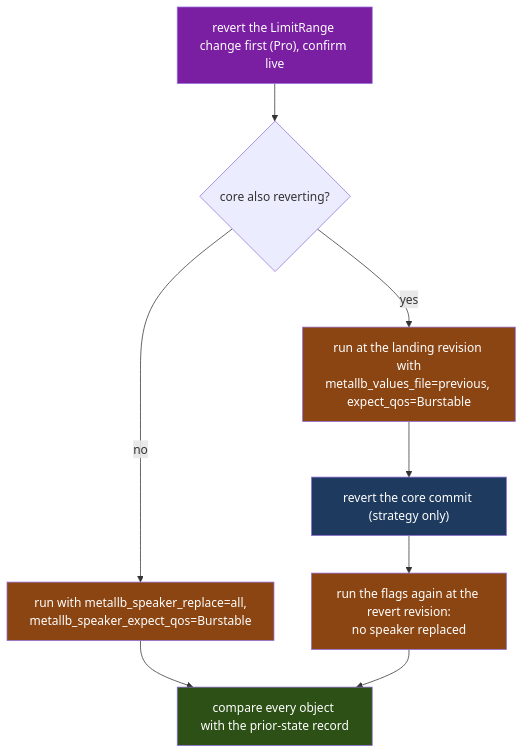
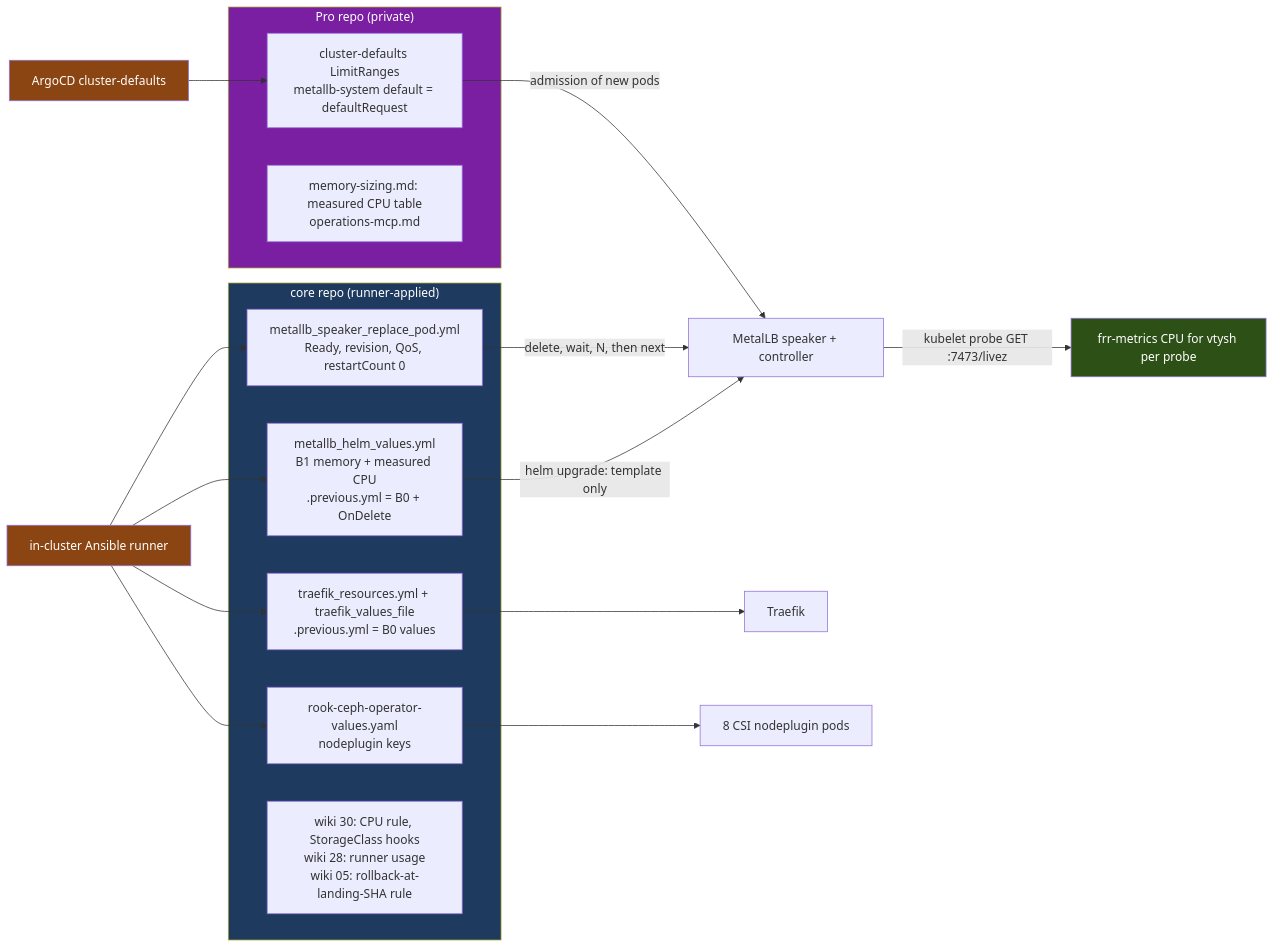
Before and after one commit to seadogger-tech/seadogger-homelab: the fifth of 6 diagrams in docs/wiki/30-Cluster-Resource-Monitor.md, drawn with Mermaid. The commit also changed other lines of this file and 10 other files, not shown here.

First line of the commit message:
Complete measured B1 reland gates and rollback path (OCE-709)

````diff
--- a/docs/wiki/30-Cluster-Resource-Monitor.md
+++ b/docs/wiki/30-Cluster-Resource-Monitor.md
@@ -754,16 +750,26 @@
 ```mermaid
-flowchart TD
-  A["revert the LimitRange change first (Pro), confirm live"] --> B{"core also reverting?"}
-  B -- no --> C["run with metallb_speaker_replace=all,<br/>metallb_speaker_expect_qos=Burstable"]
-  B -- yes --> D["run at the landing revision with<br/>metallb_values_file=previous, expect_qos=Burstable"]
-  D --> E["revert the core commit (strategy only)"]
-  E --> F["run the flags again at the revert revision:<br/>no speaker replaced"]
-  C --> G["compare every object with the prior-state record"]
-  F --> G
-  style A fill:#7b1fa2,color:#fff
-  style C fill:#8b4513,color:#fff
-  style D fill:#8b4513,color:#fff
-  style E fill:#1e3a5f,color:#fff
-  style F fill:#8b4513,color:#fff
-  style G fill:#2d5016,color:#fff
+flowchart LR
+  subgraph core["core repo (runner-applied)"]
+    MV["metallb_helm_values.yml<br/>B1 memory + measured CPU<br/>.previous.yml = B0 + OnDelete"]
+    GL["metallb_speaker_replace_pod.yml<br/>Ready, revision, QoS, restartCount 0"]
+    TV["traefik_resources.yml + traefik_values_file<br/>.previous.yml = B0 values"]
+    OV["rook-ceph-operator-values.yaml<br/>nodeplugin keys"]
+    W["wiki 30: CPU rule, StorageClass hooks<br/>wiki 28: runner usage<br/>wiki 05: rollback-at-landing-SHA rule"]
+  end
+  subgraph pro["Pro repo (private)"]
+    LR["cluster-defaults LimitRanges<br/>metallb-system default = defaultRequest"]
+    DOC["memory-sizing.md: measured CPU table<br/>operations-mcp.md"]
+  end
+  RUN["in-cluster Ansible runner"] --> MV & TV & OV
+  MV -- "helm upgrade: template only" --> SPK["MetalLB speaker + controller"]
+  RUN --> GL -- "delete, wait, N, then next" --> SPK
+  SPK -- "kubelet probe GET :7473/livez" --> FM["frr-metrics CPU for vtysh per probe"]
+  TV --> TRF["Traefik"]
+  OV --> NP["8 CSI nodeplugin pods"]
+  ARGO["ArgoCD cluster-defaults"] --> LR -- "admission of new pods" --> SPK
+  style core fill:#1e3a5f,color:#fff
+  style pro fill:#7b1fa2,color:#fff
+  style RUN fill:#8b4513,color:#fff
+  style ARGO fill:#8b4513,color:#fff
+  style FM fill:#2d5016,color:#fff
 ```
````
